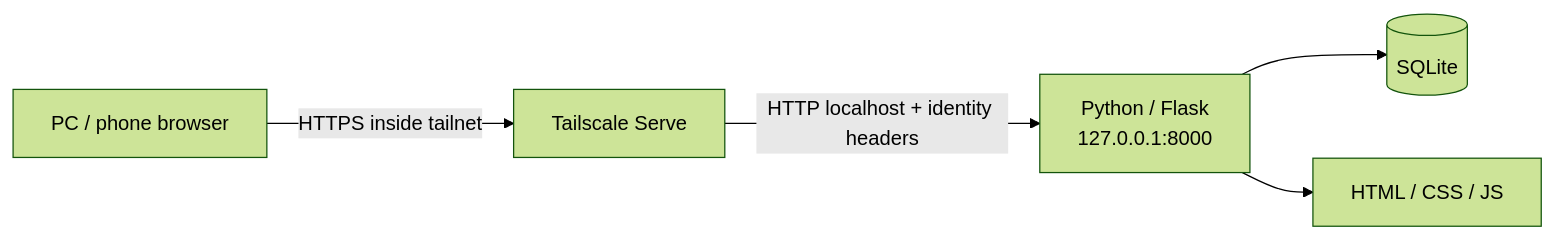
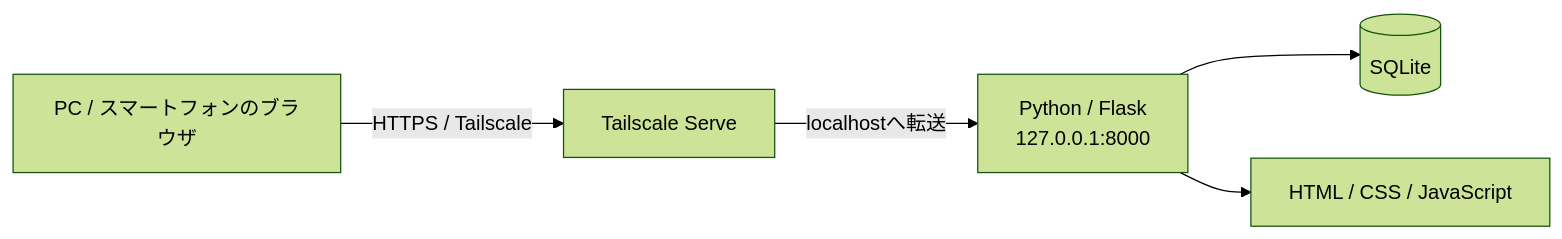
Before and after one commit to k-systems202208/python-sqlite-tailscale-webapp-template: the diagram in README.md, drawn with Mermaid (forest theme). The commit also changed other lines of this file, not shown here.

````diff
--- a/README.md
+++ b/README.md
@@ -9,7 +15,7 @@
 ```mermaid
 flowchart LR
-    B[PC / phone browser] -->|HTTPS inside tailnet| TS[Tailscale Serve]
-    TS -->|HTTP localhost + identity headers| APP[Python / Flask\n127.0.0.1:8000]
+    B[PC / スマートフォンのブラウザ] -->|HTTPS / Tailscale| TS[Tailscale Serve]
+    TS -->|localhostへ転送| APP[Python / Flask\n127.0.0.1:8000]
     APP --> DB[(SQLite)]
-    APP --> UI[HTML / CSS / JS]
+    APP --> UI[HTML / CSS / JavaScript]
 ```
````
